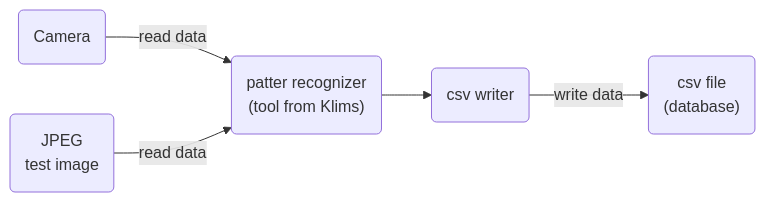
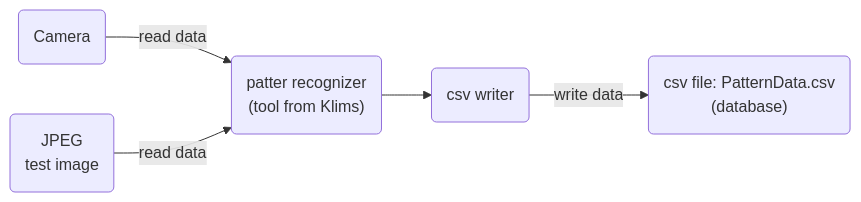
Before and after one commit to pepetoni246/pattern_reconizer: the first of 2 diagrams in README.md, drawn with Mermaid. The commit also changed other lines of this file, not shown here.

````diff
--- a/README.md
+++ b/README.md
@@ -5,9 +5,9 @@
 ```mermaid
 flowchart LR
     A("`Camera`") --> |read data| B("`patter recognizer
-    (tool from Klims)`") --> C("`csv writer`") --> |write data| D("`csv file
+    (tool from Klims)`") --> C("`csv writer`") --> |write data| D("`csv file: PatternData.csv
     (database)`")
     E("`JPEG 
     test image`")
     E --> |read data| B
 ```
````
